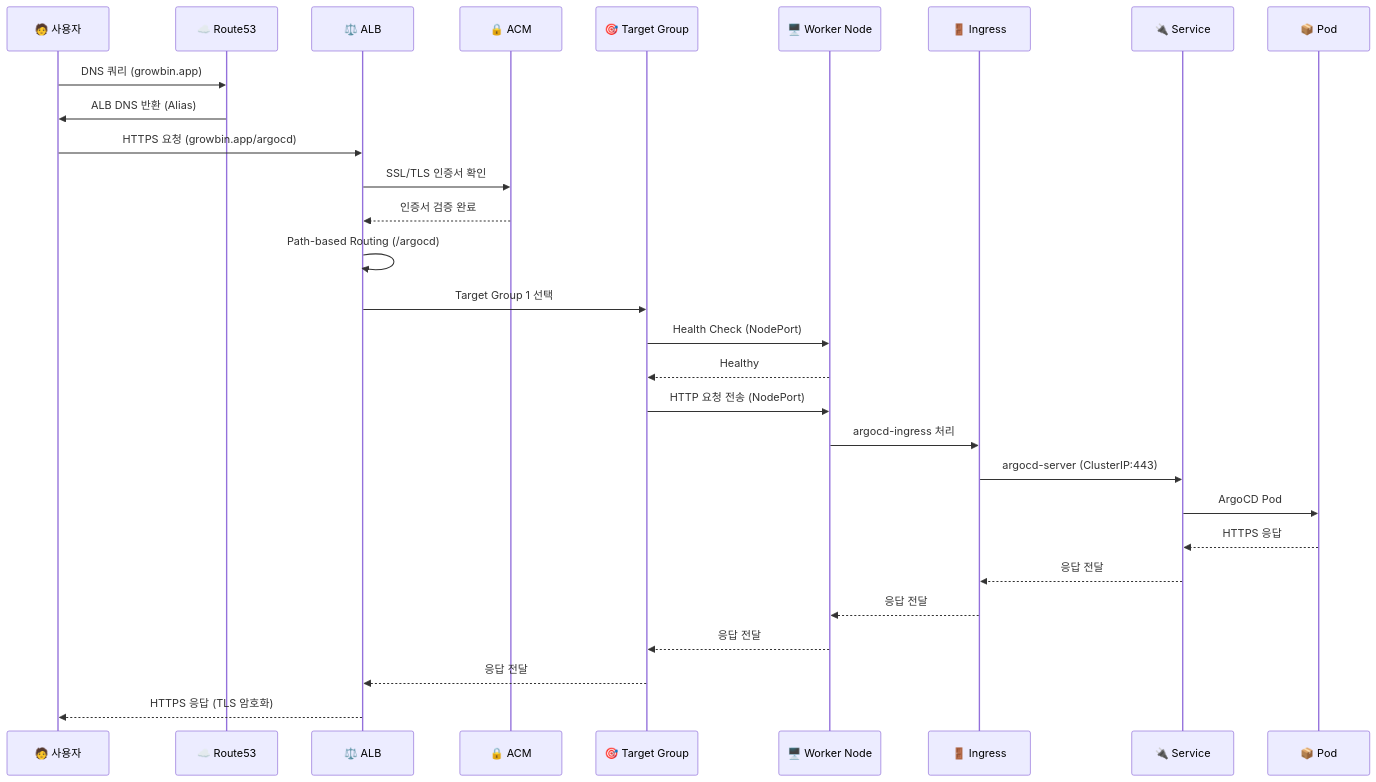
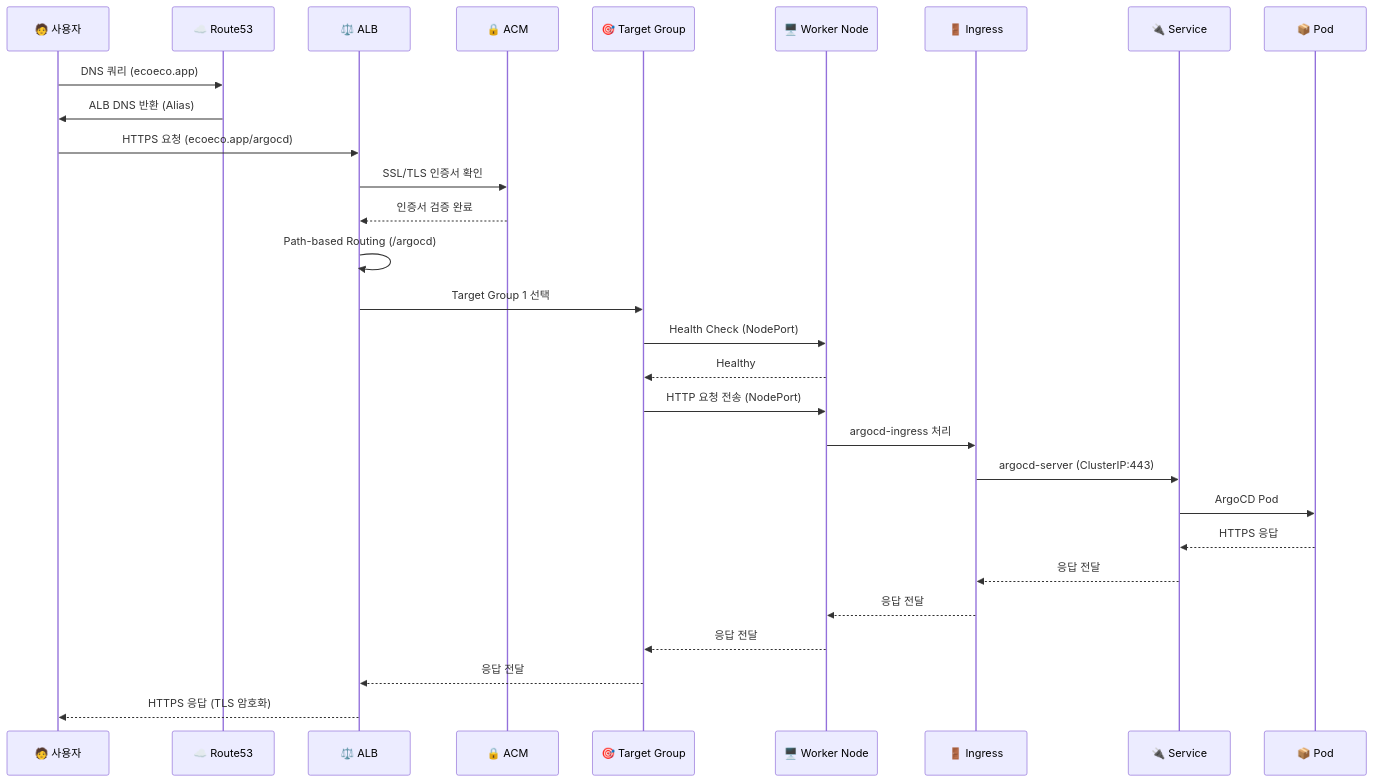
One commit to eco2-team/backend changed the second of 2 diagrams in docs/architecture/NETWORK_ROUTING_STRUCTURE.md. Above: the diagram before and after it, drawn with Mermaid. The commit also changed other lines of this file and 67 other files, not shown here.

````diff
--- a/docs/architecture/NETWORK_ROUTING_STRUCTURE.md
+++ b/docs/architecture/NETWORK_ROUTING_STRUCTURE.md
@@ -127,36 +127,36 @@
 ```mermaid
 sequenceDiagram
     participant User as 🧑 사용자
     participant Route53 as ☁️ Route53
     participant ALB as ⚖️ ALB
     participant ACM as 🔒 ACM
     participant TG as 🎯 Target Group
     participant Worker as 🖥️ Worker Node
     participant Ingress as 🚪 Ingress
     participant Service as 🔌 Service
     participant Pod as 📦 Pod
 
-    User->>Route53: DNS 쿼리 (growbin.app)
+    User->>Route53: DNS 쿼리 (ecoeco.app)
     Route53->>User: ALB DNS 반환 (Alias)
     
-    User->>ALB: HTTPS 요청 (growbin.app/argocd)
+    User->>ALB: HTTPS 요청 (ecoeco.app/argocd)
     ALB->>ACM: SSL/TLS 인증서 확인
     ACM-->>ALB: 인증서 검증 완료
     
     ALB->>ALB: Path-based Routing (/argocd)
     ALB->>TG: Target Group 1 선택
     TG->>Worker: Health Check (NodePort)
     Worker-->>TG: Healthy
     
     TG->>Worker: HTTP 요청 전송 (NodePort)
     Worker->>Ingress: argocd-ingress 처리
     Ingress->>Service: argocd-server (ClusterIP:443)
     Service->>Pod: ArgoCD Pod
     
     Pod-->>Service: HTTPS 응답
     Service-->>Ingress: 응답 전달
     Ingress-->>Worker: 응답 전달
     Worker-->>TG: 응답 전달
     TG-->>ALB: 응답 전달
     ALB-->>User: HTTPS 응답 (TLS 암호화)
 ```
````
